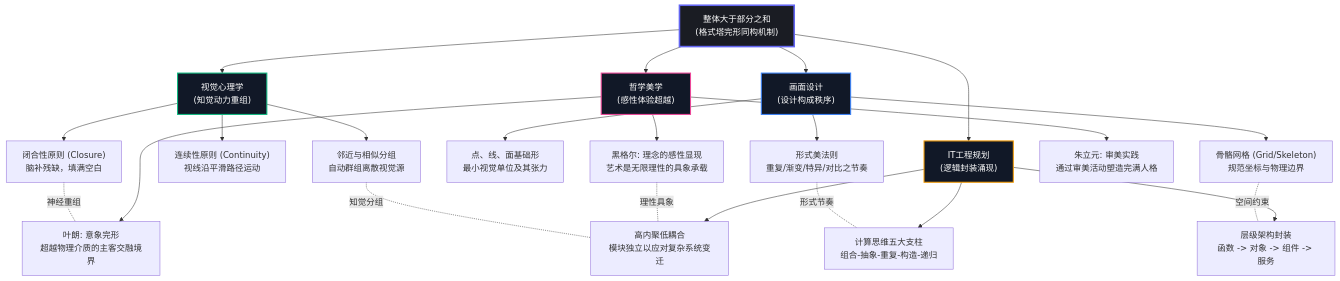
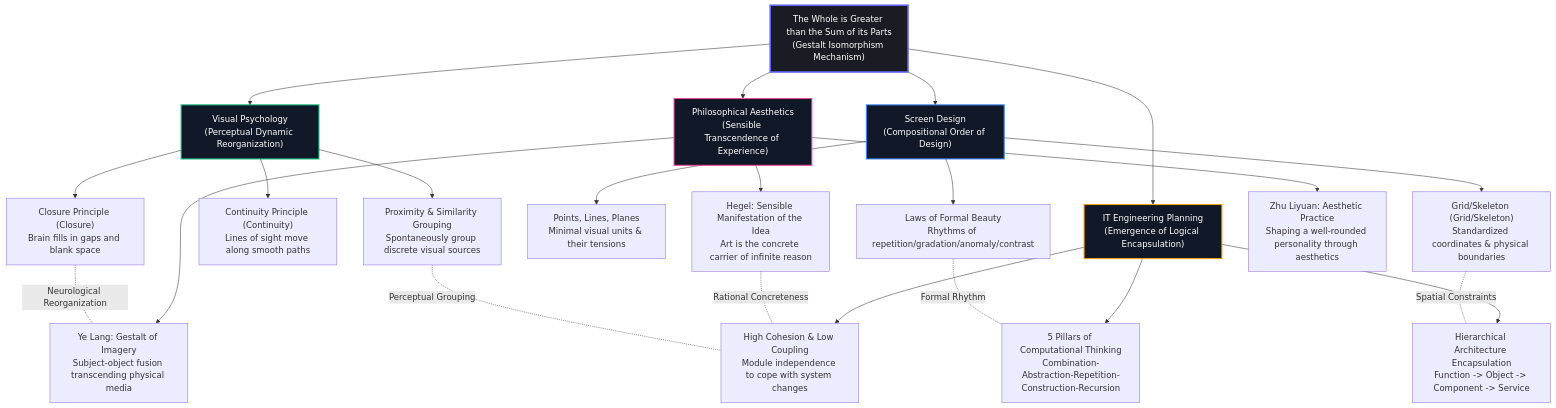
The first of 2 diagrams in content/research/pixel-architecture-resonance/theory-research-map/index.en.md (QQDDTT/Dark-Lattice), drawn with Mermaid before and after one commit. The commit also changed other lines of this file and 21 other files, not shown here.

````diff
--- a/content/research/pixel-architecture-resonance/theory-research-map/index.en.md
+++ b/content/research/pixel-architecture-resonance/theory-research-map/index.en.md
@@ -18,42 +16,42 @@
 ```mermaid
 graph TD
-    %% 核心概念
-    Root["整体大于部分之和<br>(格式塔完形同构机制)"] --> P_Psych["视觉心理学<br>(知觉动力重组)"]
-    Root --> V_Design["画面设计<br>(设计构成秩序)"]
-    Root --> Aesthetics["哲学美学<br>(感性体验超越)"]
-    Root --> IT_Plan["IT工程规划<br>(逻辑封装涌现)"]
+    %% Core Concepts
+    Root["The Whole is Greater than the Sum of its Parts<br>(Gestalt Isomorphism Mechanism)"] --> P_Psych["Visual Psychology<br>(Perceptual Dynamic Reorganization)"]
+    Root --> V_Design["Screen Design<br>(Compositional Order of Design)"]
+    Root --> Aesthetics["Philosophical Aesthetics<br>(Sensible Transcendence of Experience)"]
+    Root --> IT_Plan["IT Engineering Planning<br>(Emergence of Logical Encapsulation)"]
 
-    %% 视觉心理学分支
-    P_Psych --> Psych_1["闭合性原则 (Closure)<br>脑补残缺，填满空白"]
-    P_Psych --> Psych_2["连续性原则 (Continuity)<br>视线沿平滑路径运动"]
-    P_Psych --> Psych_3["邻近与相似分组<br>自动群组离散视觉源"]
+    %% Visual Psychology Branch
+    P_Psych --> Psych_1["Closure Principle (Closure)<br>Brain fills in gaps and blank space"]
+    P_Psych --> Psych_2["Continuity Principle (Continuity)<br>Lines of sight move along smooth paths"]
+    P_Psych --> Psych_3["Proximity & Similarity Grouping<br>Spontaneously group discrete visual sources"]
 
-    %% 画面设计分支
-    V_Design --> Design_1["点、线、面基础形<br>最小视觉单位及其张力"]
-    V_Design --> Design_2["骨骼网格 (Grid/Skeleton)<br>规范坐标与物理边界"]
-    V_Design --> Design_3["形式美法则<br>重复/渐变/特异/对比之节奏"]
+    %% Screen Design Branch
+    V_Design --> Design_1["Points, Lines, Planes<br>Minimal visual units & their tensions"]
+    V_Design --> Design_2["Grid/Skeleton (Grid/Skeleton)<br>Standardized coordinates & physical boundaries"]
+    V_Design --> Design_3["Laws of Formal Beauty<br>Rhythms of repetition/gradation/anomaly/contrast"]
 
-    %% 哲学美学分支
-    Aesthetics --> Aest_1["黑格尔: 理念的感性显现<br>艺术是无限理性的具象承载"]
-    Aesthetics --> Aest_2["叶朗: 意象完形<br>超越物理介质的主客交融境界"]
-    Aesthetics --> Aest_3["朱立元: 审美实践<br>通过审美活动塑造完满人格"]
+    %% Philosophical Aesthetics Branch
+    Aesthetics --> Aest_1["Hegel: Sensible Manifestation of the Idea<br>Art is the concrete carrier of infinite reason"]
+    Aesthetics --> Aest_2["Ye Lang: Gestalt of Imagery<br>Subject-object fusion transcending physical media"]
+    Aesthetics --> Aest_3["Zhu Liyuan: Aesthetic Practice<br>Shaping a well-rounded personality through aesthetics"]
 
-    %% IT工程规划分支
-    IT_Plan --> IT_1["计算思维五大支柱<br>组合-抽象-重复-构造-递归"]
-    IT_Plan --> IT_2["层级架构封装<br>函数 -> 对象 -> 组件 -> 服务"]
-    IT_Plan --> IT_3["高内聚低耦合<br>模块独立以应对复杂系统变迁"]
+    %% IT Engineering Planning Branch
+    IT_Plan --> IT_1["5 Pillars of Computational Thinking<br>Combination-Abstraction-Repetition-Construction-Recursion"]
+    IT_Plan --> IT_2["Hierarchical Architecture Encapsulation<br>Function -> Object -> Component -> Service"]
+    IT_Plan --> IT_3["High Cohesion & Low Coupling<br>Module independence to cope with system changes"]
 
-    %% 跨学科底层连接线
-    Psych_1 -. 神经重组 .- Aest_2
-    Design_2 -. 空间约束 .- IT_2
-    Design_3 -. 形式节奏 .- IT_1
-    Aest_1 -. 理性具象 .- IT_3
-    Psych_3 -. 知觉分组 .- IT_3
+    %% Cross-Disciplinary Connections
+    Psych_1 -. Neurological Reorganization .- Aest_2
+    Design_2 -. Spatial Constraints .- IT_2
+    Design_3 -. Formal Rhythm .- IT_1
+    Aest_1 -. Rational Concreteness .- IT_3
+    Psych_3 -. Perceptual Grouping .- IT_3
 
-    %% 样式
+    %% Styles
     style Root fill:#1a1c23,stroke:#6366f1,stroke-width:3px,color:#fff
     style P_Psych fill:#111827,stroke:#10b981,stroke-width:2px,color:#fff
     style V_Design fill:#111827,stroke:#3b82f6,stroke-width:2px,color:#fff
     style Aesthetics fill:#111827,stroke:#ec4899,stroke-width:2px,color:#fff
     style IT_Plan fill:#111827,stroke:#f59e0b,stroke-width:2px,color:#fff
 ```
````
